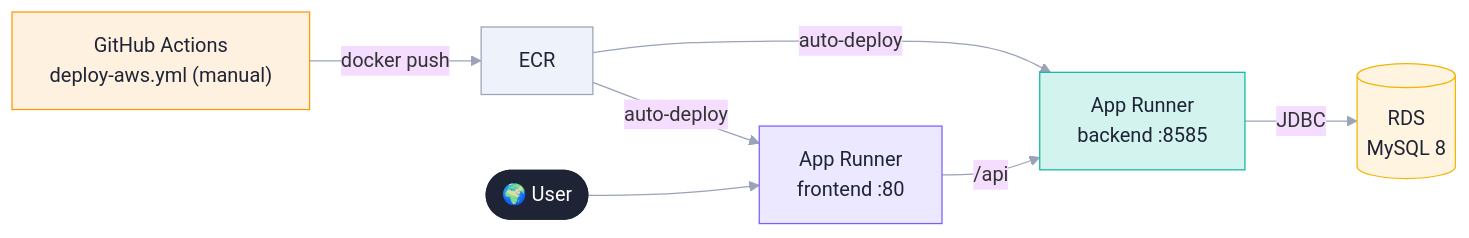
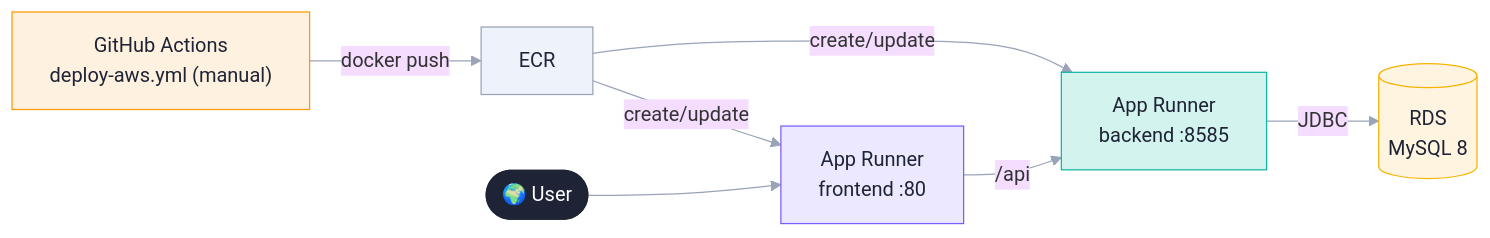
The third of 4 diagrams in docs/DEPLOYMENT.md (bbobbylon/AngularECommerceApp), drawn with Mermaid before and after one commit. The commit also changed other lines of this file and 24 other files, not shown here.

````diff
--- a/docs/DEPLOYMENT.md
+++ b/docs/DEPLOYMENT.md
@@ -154,16 +156,16 @@
 ```mermaid
 %%{init: {'theme':'base','themeVariables':{'fontFamily':'DM Sans, system-ui, sans-serif','lineColor':'#9aa3b8'}}}%%
 flowchart LR
   gha["GitHub Actions<br/>deploy-aws.yml (manual)"]:::accent -->|docker push| ecr["ECR"]:::ext
-  ecr -->|auto-deploy| arf["App Runner<br/>frontend :80"]:::fe
-  ecr -->|auto-deploy| arb["App Runner<br/>backend :8585"]:::be
+  ecr -->|create/update| arf["App Runner<br/>frontend :80"]:::fe
+  ecr -->|create/update| arb["App Runner<br/>backend :8585"]:::be
   user([🌍 User]):::user --> arf
   arf -->|"/api"| arb
   arb -->|JDBC| rds[("RDS<br/>MySQL 8")]:::db
   classDef user fill:#1e2435,stroke:#1e2435,color:#fff;
   classDef fe fill:#ece8ff,stroke:#7c5cff,color:#1e2435;
   classDef be fill:#d3f3ef,stroke:#10b6a6,color:#1e2435;
   classDef db fill:#fff4e0,stroke:#f5b400,color:#1e2435;
   classDef accent fill:#fff1e0,stroke:#ff9900,color:#1e2435;
   classDef ext fill:#eef2fb,stroke:#9aa3b8,color:#1e2435;
 ```
````
